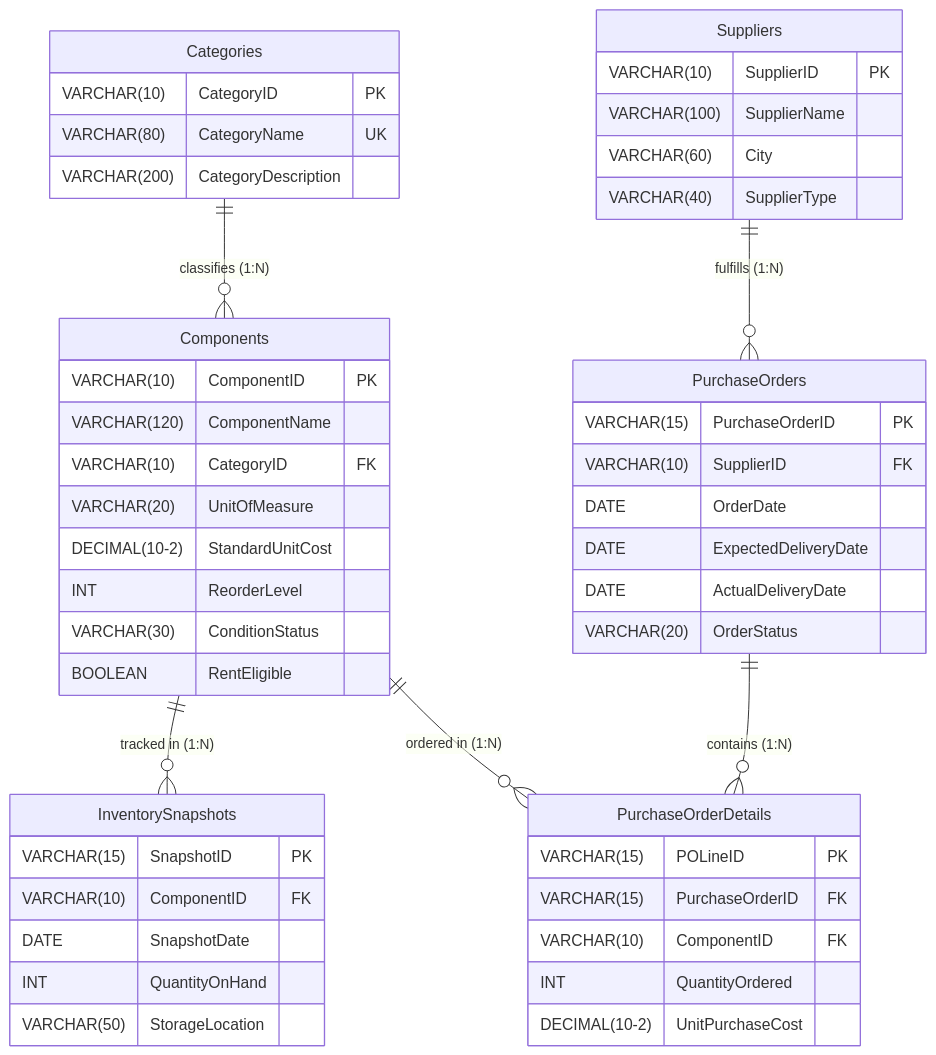
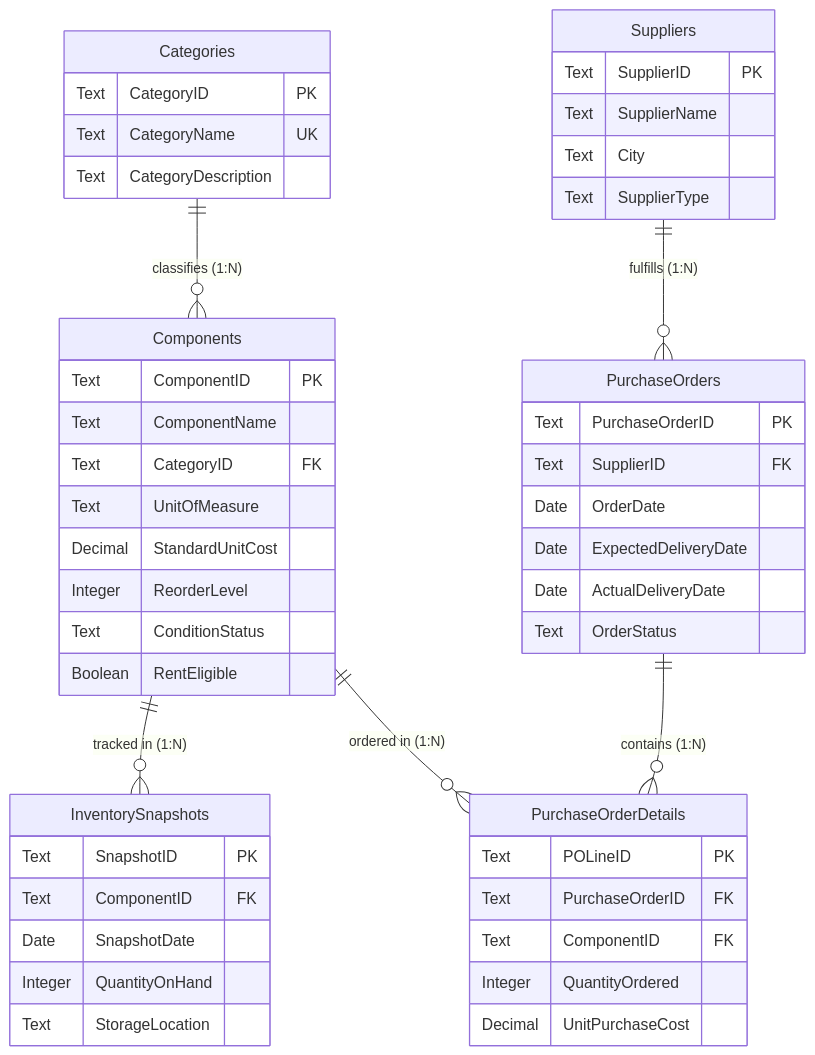
Before and after one commit to shashaank747/Electronics-Component-Analytics: the second of 2 diagrams in README.md, drawn with Mermaid. The commit also changed other lines of this file and 42 other files, not shown here.

````diff
--- a/README.md
+++ b/README.md
@@ -86,57 +81,57 @@
 ```mermaid
 erDiagram
     Categories ||--o{ Components : "classifies (1:N)"
     Components ||--o{ InventorySnapshots : "tracked in (1:N)"
     Components ||--o{ PurchaseOrderDetails : "ordered in (1:N)"
     Suppliers ||--o{ PurchaseOrders : "fulfills (1:N)"
     PurchaseOrders ||--o{ PurchaseOrderDetails : "contains (1:N)"
 
     Categories {
-        VARCHAR(10) CategoryID PK
-        VARCHAR(80) CategoryName UK
-        VARCHAR(200) CategoryDescription
+        Text CategoryID PK
+        Text CategoryName UK
+        Text CategoryDescription
     }
 
     Components {
-        VARCHAR(10) ComponentID PK
-        VARCHAR(120) ComponentName
-        VARCHAR(10) CategoryID FK
-        VARCHAR(20) UnitOfMeasure
-        DECIMAL(10-2) StandardUnitCost
-        INT ReorderLevel
-        VARCHAR(30) ConditionStatus
-        BOOLEAN RentEligible
+        Text ComponentID PK
+        Text ComponentName
+        Text CategoryID FK
+        Text UnitOfMeasure
+        Decimal StandardUnitCost
+        Integer ReorderLevel
+        Text ConditionStatus
+        Boolean RentEligible
     }
 
     Suppliers {
-        VARCHAR(10) SupplierID PK
-        VARCHAR(100) SupplierName
-        VARCHAR(60) City
-        VARCHAR(40) SupplierType
+        Text SupplierID PK
+        Text SupplierName
+        Text City
+        Text SupplierType
     }
 
     InventorySnapshots {
-        VARCHAR(15) SnapshotID PK
-        VARCHAR(10) ComponentID FK
-        DATE SnapshotDate
-        INT QuantityOnHand
-        VARCHAR(50) StorageLocation
+        Text SnapshotID PK
+        Text ComponentID FK
+        Date SnapshotDate
+        Integer QuantityOnHand
+        Text StorageLocation
     }
 
     PurchaseOrders {
-        VARCHAR(15) PurchaseOrderID PK
-        VARCHAR(10) SupplierID FK
-        DATE OrderDate
-        DATE ExpectedDeliveryDate
-        DATE ActualDeliveryDate
-        VARCHAR(20) OrderStatus
+        Text PurchaseOrderID PK
+        Text SupplierID FK
+        Date OrderDate
+        Date ExpectedDeliveryDate
+        Date ActualDeliveryDate
+        Text OrderStatus
     }
 
     PurchaseOrderDetails {
-        VARCHAR(15) POLineID PK
-        VARCHAR(15) PurchaseOrderID FK
-        VARCHAR(10) ComponentID FK
-        INT QuantityOrdered
-        DECIMAL(10-2) UnitPurchaseCost
+        Text POLineID PK
+        Text PurchaseOrderID FK
+        Text ComponentID FK
+        Integer QuantityOrdered
+        Decimal UnitPurchaseCost
     }
 ```
````
